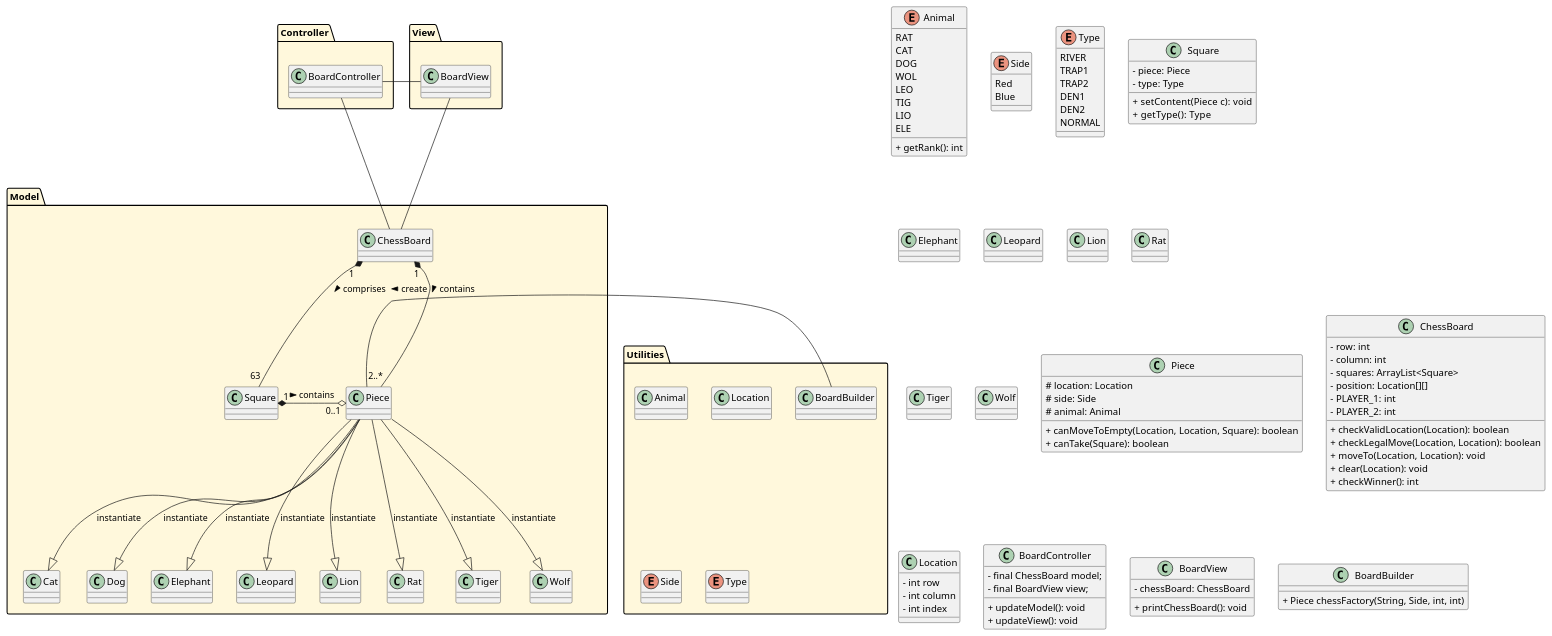
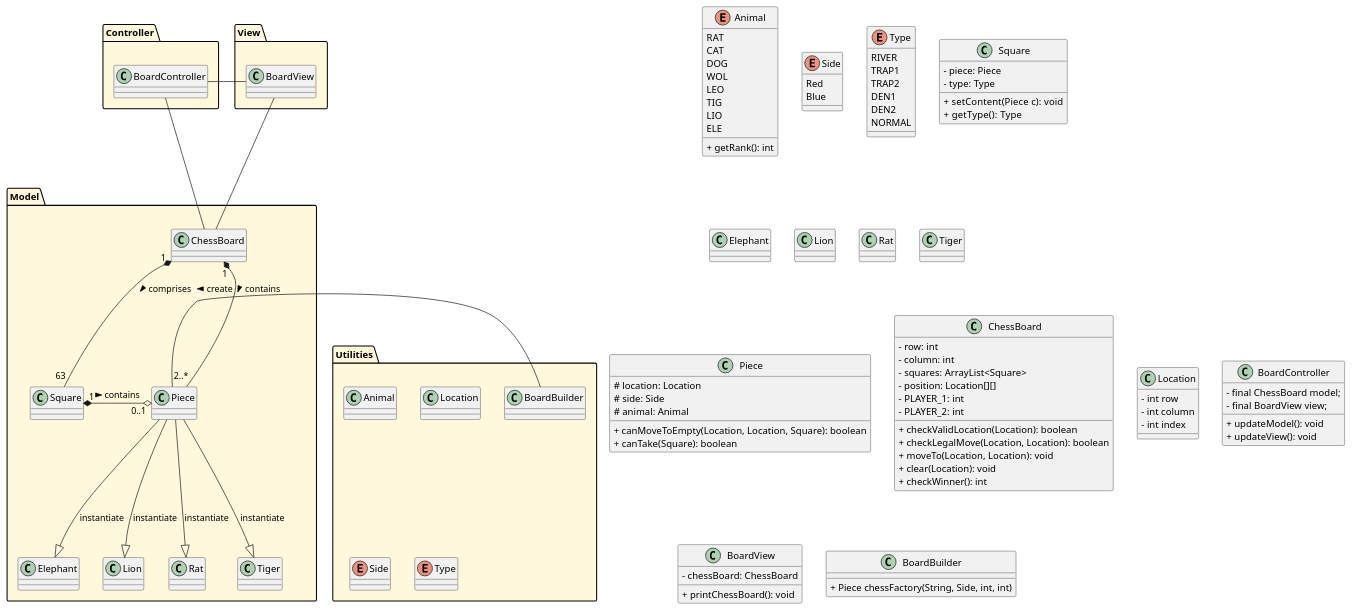
The diagram in src/main/UML/ClassDiagram.puml (Edo-kawa/SE-Project), drawn with PlantUML before and after one commit.

Commit message:
Update the UML

```diff
--- a/src/main/UML/ClassDiagram.puml
+++ b/src/main/UML/ClassDiagram.puml
@@ -1,185 +1,185 @@
 @startuml
 
 package "Model" #FFF8DC {
     'ChessBoard o-- Location
     ChessBoard "1" *- "2..*" Piece: contains >
     ChessBoard "1" *-- "63" Square: comprises >
 
     'Square o-- Type
     Square "1" *-o "0..1" Piece: contains >
     '
-    Piece --|> Cat      : instantiate
-    Piece --|> Dog      : instantiate
+    'Piece --|> Cat      : instantiate
+    'Piece --|> Dog      : instantiate
     Piece --|> Elephant : instantiate
-    Piece --|> Leopard  : instantiate
+    'Piece --|> Leopard  : instantiate
     Piece --|> Lion     : instantiate
     Piece --|> Rat      : instantiate
     Piece --|> Tiger    : instantiate
-    Piece --|> Wolf     : instantiate
+    'Piece --|> Wolf     : instantiate
 }
 
 package "View" #FFF8DC {
     BoardView -- ChessBoard
 }
 
 package "Controller" #FFF8DC {
     BoardController -- ChessBoard
     BoardController - BoardView
 }
 
 package "Utilities" #FFF8DC {
     class Animal
     class Location
     enum Side
     enum Type
     BoardBuilder - Piece: create >
     'Chess o-- Animal
     'Chess o-- Side
     'Chess o-- Location
     'BoardBuilder o-- Side
 }
 
 enum Animal{
 RAT
 CAT
 DOG
 WOL
 LEO
 TIG
 LIO
 ELE
 
 '<plain>- rank: int
 
 'Animal(int rank)
 <plain>+ getRank(): int
 }
 
 enum Side{
 Red
 Blue
 }
 
 enum Type {
 RIVER
 TRAP1
 TRAP2
 DEN1
 DEN2
 NORMAL
 }
 
 class Square{
 <plain>- piece: Piece
 <plain>- type: Type
 
 '<plain>+  Square(Chess, Type) // constructor
 '<plain>+  getChessContent(): Chess
 <plain>+  setContent(Piece c): void
 <plain>+  getType(): Type
 }
 
 
 
 class Elephant{
 '<plain># outRank(Animal): boolean
 }
 '
-class Leopard{
-'boolean isValidPath(Location from, Location to)
-}
+'class Leopard{
+''boolean isValidPath(Location from, Location to)
+'}
 class Lion{
 '<plain>+ canMoveToEmpty(Location, Location, Square): boolean
 }
 class Rat{
 '<plain>+ canMoveToEmpty(Location, Location, Square): boolean
 '<plain># outRank(Animal animal1): boolean
 }
 class Tiger{
 '<plain>+ canMoveToEmpty(Location, Location, Square): boolean
 }
-class Wolf{
-'<plain>+ boolean isValidPath(Location from, Location to)
-}
+'class Wolf{
+''<plain>+ boolean isValidPath(Location from, Location to)
+'}
 
 class Piece{
 <plain># location: Location
 <plain># side: Side
 <plain># animal: Animal
 
 '<plain>+ Chess(Location, Animal, Side)
 <plain>+ canMoveToEmpty(Location, Location, Square): boolean
 '<plain># outRank(Animal): boolean
 <plain>+ canTake(Square): boolean
 }
 
 class ChessBoard{
 <plain>- row: int
 <plain>- column: int
 <plain>- squares: ArrayList<Square>
 '// player1 [0][1-8], player2 [1][1-8] 1-8 standing for Rank
 <plain>- position: Location[][]
 <plain>- PLAYER_1: int
 <plain>- PLAYER_2: int
 
 '<plain>+ ChessBoard() // constructor
 '<plain>+ getPosition(int, int): Location
 <plain>+ checkValidLocation(Location): boolean
 '<plain>+ checkCanCapture(Chess chess, Location location) // 未使用
 '<plain>+ boolean checkIsEmpty(Location location) // 未使用
 <plain>+ checkLegalMove(Location, Location): boolean
 '<plain>+ boolean checkLegalMove(int index, Location to)
 <plain>+ moveTo(Location, Location): void
 '<plain>+ void moveTo(int index, Location to)
 <plain>+ clear(Location): void
 <plain>+ checkWinner(): int
 '<plain>+ boolean setChess(Chess chess, Location location) // 未使用
 '<plain>+ Chess getChess(Location location)
 '<plain>+ getSquare(Location): Square
 '<plain>+ Square getSquare(int index)
 '<plain>+ Set<Move> getLegalMoves(Location location) // 未使用
 '<plain>- int location2index(Location location)
 '<plain>- Location index2Location(int index)
 '<plain>- init(): void
 }
 
 
 
 class Location{
 
 <plain>- int row
 <plain>- int column
 <plain>- int index
 
 '<plain>+ Location(int, int)
 '<plain>+ Location(int)
 '<plain>+ getRow(): int
 '<plain>+ getCol(): int
 '<plain>+ getIndex(): int
 }
 
 class BoardController{
 <plain>- final ChessBoard model;
 <plain>- final BoardView view;
 
 '<plain>+ BoardController(BoardView)
 '<plain>+ init(): void
 <plain>+ updateModel(): void
 <plain>+ updateView(): void
 }
 
 class BoardView{
 
 <plain>- chessBoard: ChessBoard
 
 '<plain>+ BoardView(ChessBoard)
 '<plain>+ getChessBoard(): ChessBoard
 <plain>+ printChessBoard(): void
 }
 
 
 class BoardBuilder{
 <plain>+ Piece chessFactory(String, Side, int, int)
 }
 
 @enduml
```
